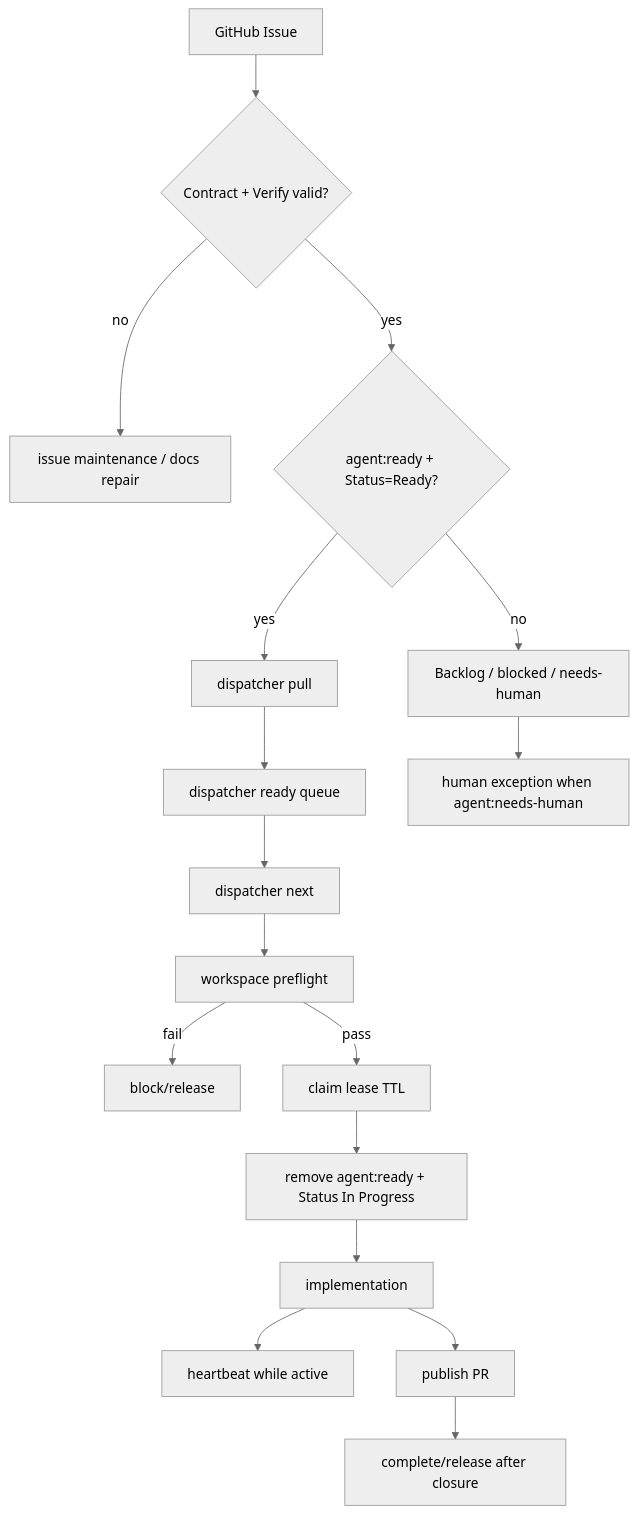
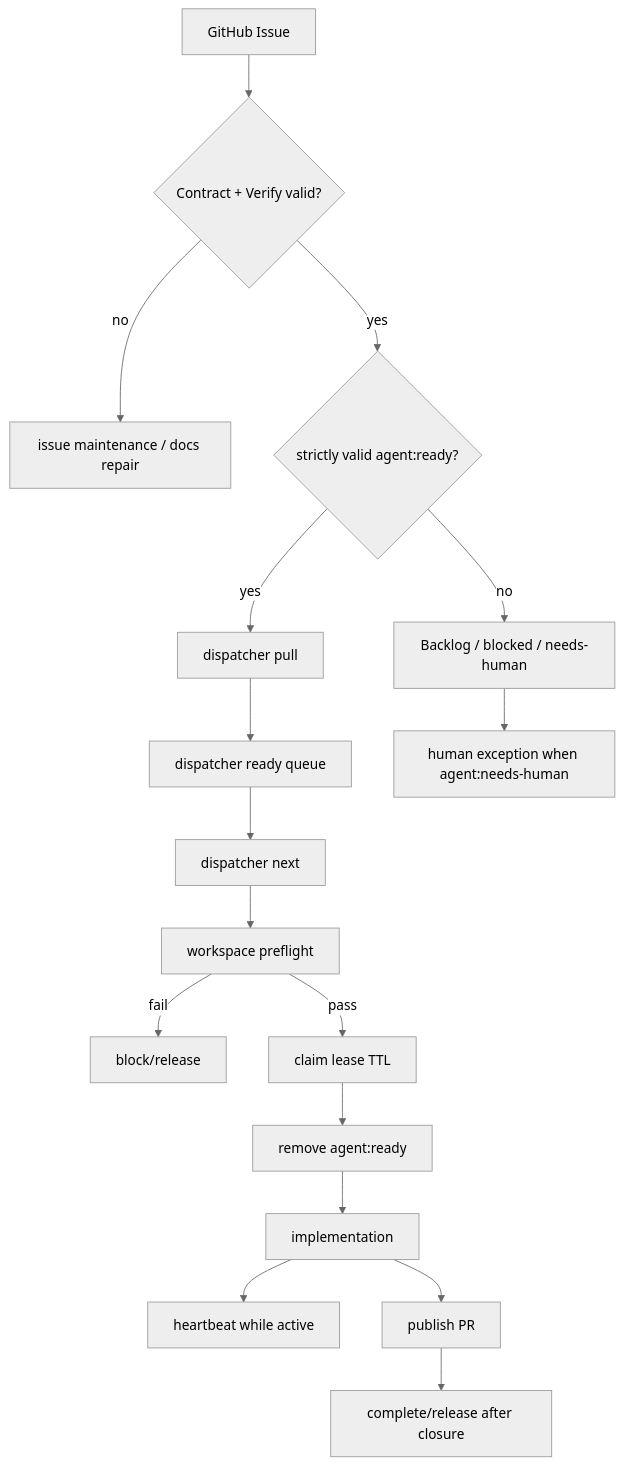
One commit to RasmusTho/agentic-pkm-mvp changed the second of 23 diagrams in docs/development/BUILDER_SYSTEM_PROCESS_MAP.md. Above: the diagram before and after it, drawn with Mermaid (neutral theme). The commit also changed other lines of this file and 20 other files, not shown here.

````diff
--- a/docs/development/BUILDER_SYSTEM_PROCESS_MAP.md
+++ b/docs/development/BUILDER_SYSTEM_PROCESS_MAP.md
@@ -212,19 +217,19 @@
 ```mermaid
 flowchart TD
   Issue["GitHub Issue"] --> Shape{"Contract + Verify valid?"}
   Shape -->|no| Repair["issue maintenance / docs repair"]
-  Shape -->|yes| Ready{"agent:ready + Status=Ready?"}
+  Shape -->|yes| Ready{"strictly valid agent:ready?"}
   Ready -->|no| Backlog["Backlog / blocked / needs-human"]
   Ready -->|yes| Pull["dispatcher pull"]
   Pull --> Queue["dispatcher ready queue"]
   Queue --> Next["dispatcher next"]
   Next --> Preflight["workspace preflight"]
   Preflight -->|fail| Block["block/release"]
   Preflight -->|pass| Lease["claim lease TTL"]
-  Lease --> Label["remove agent:ready + Status In Progress"]
+  Lease --> Label["remove agent:ready"]
   Label --> Work["implementation"]
   Work --> Heartbeat["heartbeat while active"]
   Work --> PR["publish PR"]
   PR --> Complete["complete/release after closure"]
   Backlog --> Human["human exception when agent:needs-human"]
 ```
````
